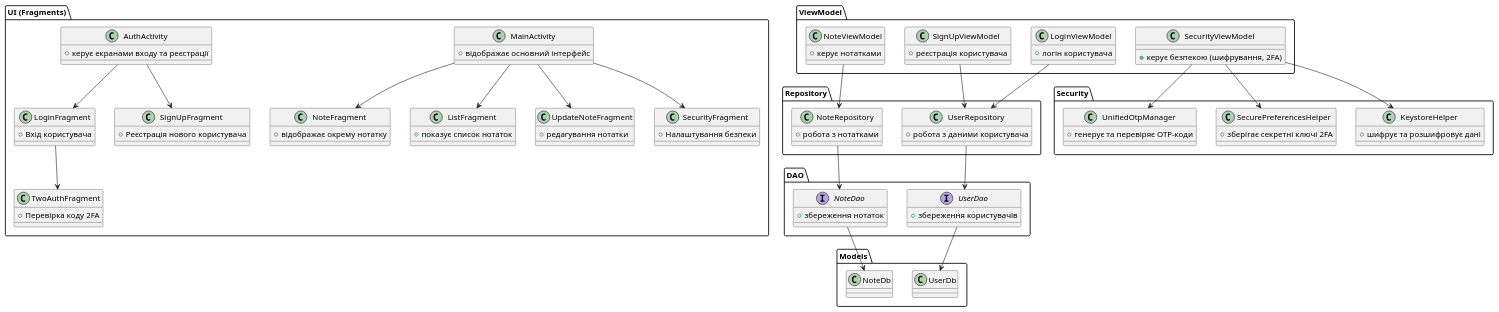
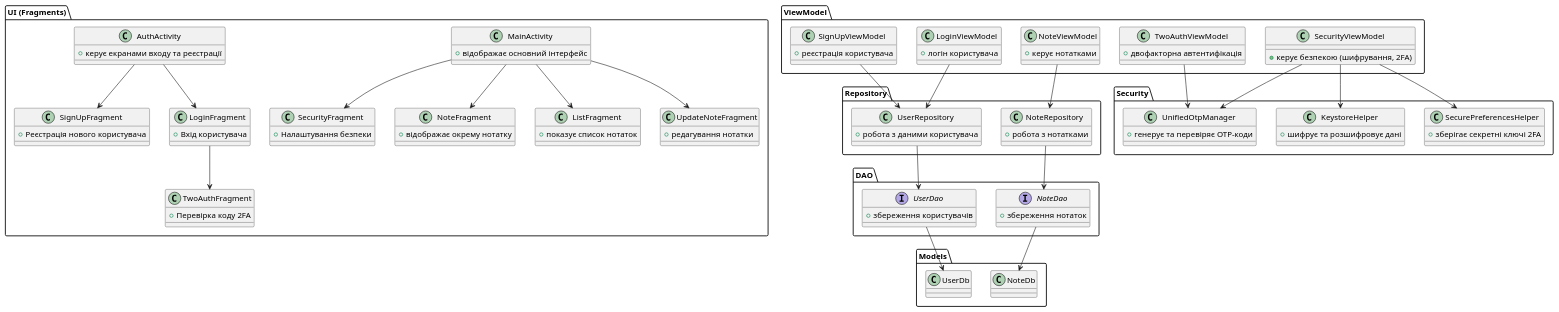
One commit to SunshineDevv/ToDo-App changed the diagram in app/src/main/java/com/example/todoapp/generalFirstVersion.puml. Above: the diagram before and after it, drawn with PlantUML. The commit also changed 1 other file, not shown here.

Commit message:
Some fixes of diagrams

```diff
--- a/app/src/main/java/com/example/todoapp/generalFirstVersion.puml
+++ b/app/src/main/java/com/example/todoapp/generalFirstVersion.puml
@@ -1,136 +1,142 @@
 @startuml
 ' ========== Головна структура застосунку (Вертикальне розташування) ==========
 
 ' ---------- UI (Інтерфейс) ----------
 package "UI (Fragments)" {
     class MainActivity {
         + відображає основний інтерфейс
     }
 
     class AuthActivity {
         + керує екранами входу та реєстрації
     }
 
     class NoteFragment {
         + відображає окрему нотатку
     }
 
     class ListFragment {
         + показує список нотаток
     }
 
     class UpdateNoteFragment {
         + редагування нотатки
     }
 
     class SecurityFragment {
         + Налаштування безпеки
     }
 
     class TwoAuthFragment {
         + Перевірка коду 2FA
     }
 
     class LoginFragment {
         + Вхід користувача
     }
 
     class SignUpFragment {
         + Реєстрація нового користувача
     }
 
 }
 
 ' ---------- ViewModel (Бізнес-логіка) ----------
 package "ViewModel" {
     class LoginViewModel {
         + логін користувача
+    }
+
+    class TwoAuthViewModel {
+        + двофакторна автентифікація
     }
 
     class SignUpViewModel {
         + реєстрація користувача
     }
 
     class NoteViewModel {
         + керує нотатками
     }
 
     class SecurityViewModel {
         + керує безпекою (шифрування, 2FA)
     }
 }
 
 ' ---------- Репозиторії ----------
 package "Repository" {
     class UserRepository {
         + робота з даними користувача
     }
 
     class NoteRepository {
         + робота з нотатками
     }
 }
 
 ' ---------- DAO (База даних) ----------
 package "DAO" {
     interface UserDao {
         + збереження користувачів
     }
 
     interface NoteDao {
         + збереження нотаток
     }
 }
 
 ' ---------- Моделі ----------
 package "Models" {
     class UserDb {
 
     }
 
     class NoteDb {
 
     }
 }
 
 ' ---------- Безпека ----------
 package "Security" {
     class KeystoreHelper {
         + шифрує та розшифровує дані
     }
 
     class SecurePreferencesHelper {
         + зберігає секретні ключі 2FA
     }
 
     class UnifiedOtpManager {
         + генерує та перевіряє OTP-коди
     }
 }
 
 ' ========== Взаємозв’язки (Вертикальне розташування) ==========
 
 MainActivity --> ListFragment
 MainActivity --> NoteFragment
 MainActivity --> UpdateNoteFragment
 MainActivity --> SecurityFragment
 
 LoginFragment --> TwoAuthFragment
 AuthActivity --> LoginFragment
 AuthActivity --> SignUpFragment
 
 LoginViewModel --> UserRepository
 SignUpViewModel --> UserRepository
 NoteViewModel --> NoteRepository
 
 UserRepository --> UserDao
 NoteRepository --> NoteDao
 
 UserDao --> UserDb
 NoteDao --> NoteDb
 
 SecurityViewModel --> KeystoreHelper
 SecurityViewModel --> SecurePreferencesHelper
 SecurityViewModel --> UnifiedOtpManager
 
+TwoAuthViewModel --> UnifiedOtpManager
+
 @enduml
```
